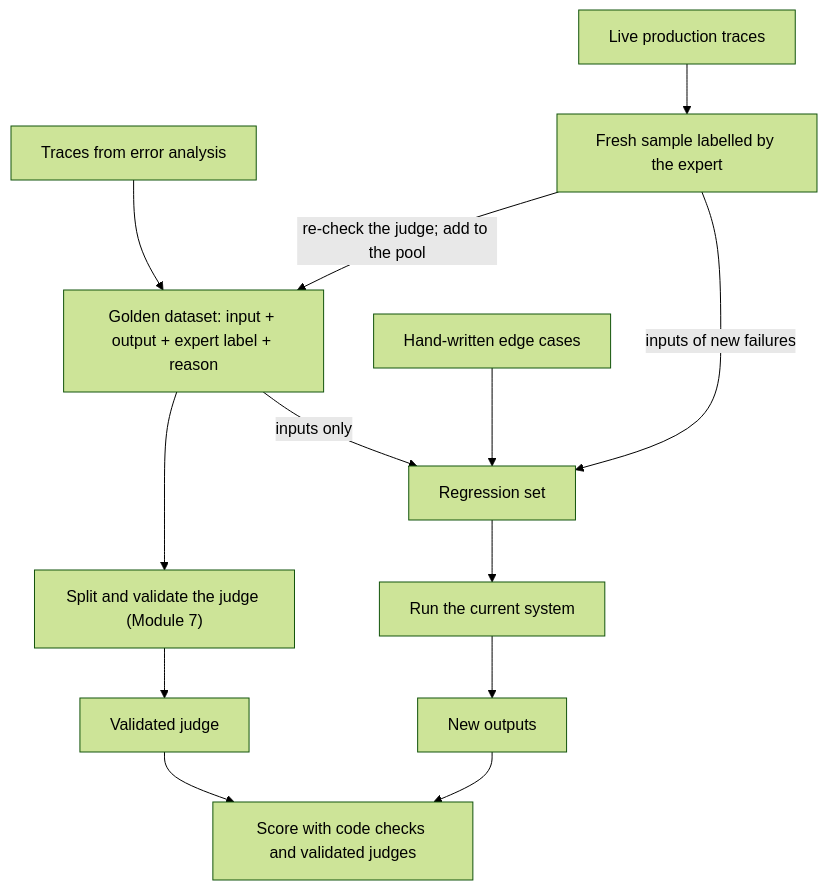
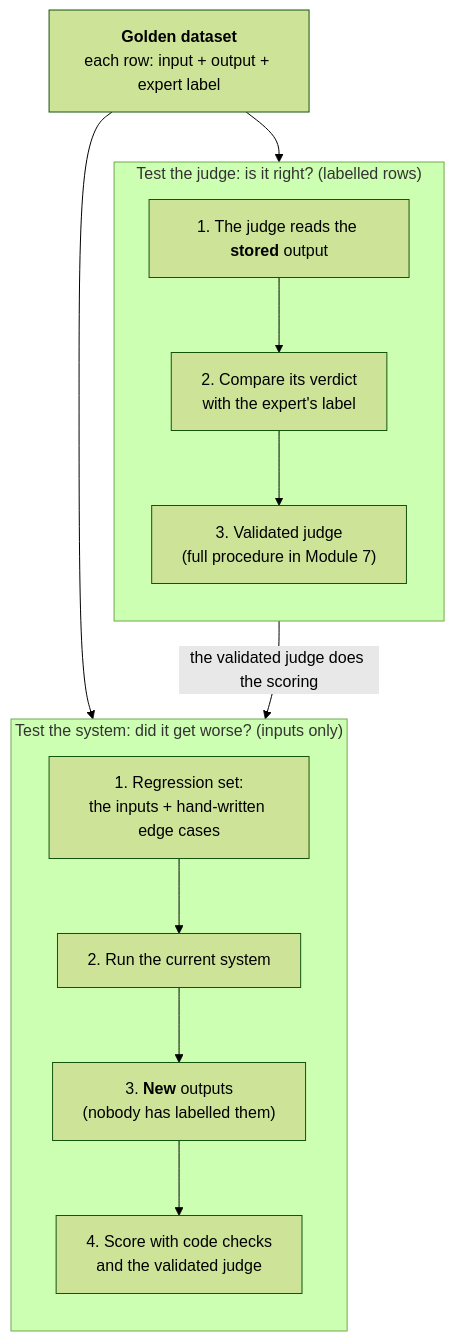
Before and after one commit to elcronos/ai-evals-for-engineers: the diagram in docs/05-build-checks.md, drawn with Mermaid (forest theme). The commit also changed other lines of this file, not shown here.

Commit message:
Simplify the golden dataset flowchart in Module 5
Show one starting point splitting into two numbered columns, test the
judge and test the system, linked by a single arrow. Move the diagram
next to the list it illustrates and drop the production loop, which the
next section covers.

````diff
--- a/docs/05-build-checks.md
+++ b/docs/05-build-checks.md
@@ -110,15 +106,18 @@
 ```mermaid
-flowchart TD
-    EA["Traces from error analysis"] --> POOL["Golden dataset: input + output + expert label + reason"]
-    POOL --> V["Split and validate the judge (Module 7)"]
-    V --> JUDGE["Validated judge"]
-    POOL -->|"inputs only"| REG["Regression set"]
-    EDGE["Hand-written edge cases"] --> REG
-    REG --> RUN["Run the current system"]
-    RUN --> NEW["New outputs"]
-    NEW --> SCORE["Score with code checks and validated judges"]
-    JUDGE --> SCORE
-    PROD["Live production traces"] --> SAMPLE["Fresh sample labelled by the expert"]
-    SAMPLE -->|"re-check the judge; add to the pool"| POOL
-    SAMPLE -->|"inputs of new failures"| REG
+flowchart TB
+    POOL["<b>Golden dataset</b><br/>each row: input + output + expert label"]
+    subgraph USE1["Test the judge: is it right? (labelled rows)"]
+        direction TB
+        J1["1. The judge reads the <b>stored</b> output"] --> J2["2. Compare its verdict<br/>with the expert's label"]
+        J2 --> J3["3. Validated judge<br/>(full procedure in Module 7)"]
+    end
+    subgraph USE2["Test the system: did it get worse? (inputs only)"]
+        direction TB
+        R1["1. Regression set:<br/>the inputs + hand-written edge cases"] --> R2["2. Run the current system"]
+        R2 --> R3["3. <b>New</b> outputs<br/>(nobody has labelled them)"]
+        R3 --> R4["4. Score with code checks<br/>and the validated judge"]
+    end
+    POOL --> USE1
+    POOL --> USE2
+    J3 -->|"the validated judge does the scoring"| R4
 ```
````
